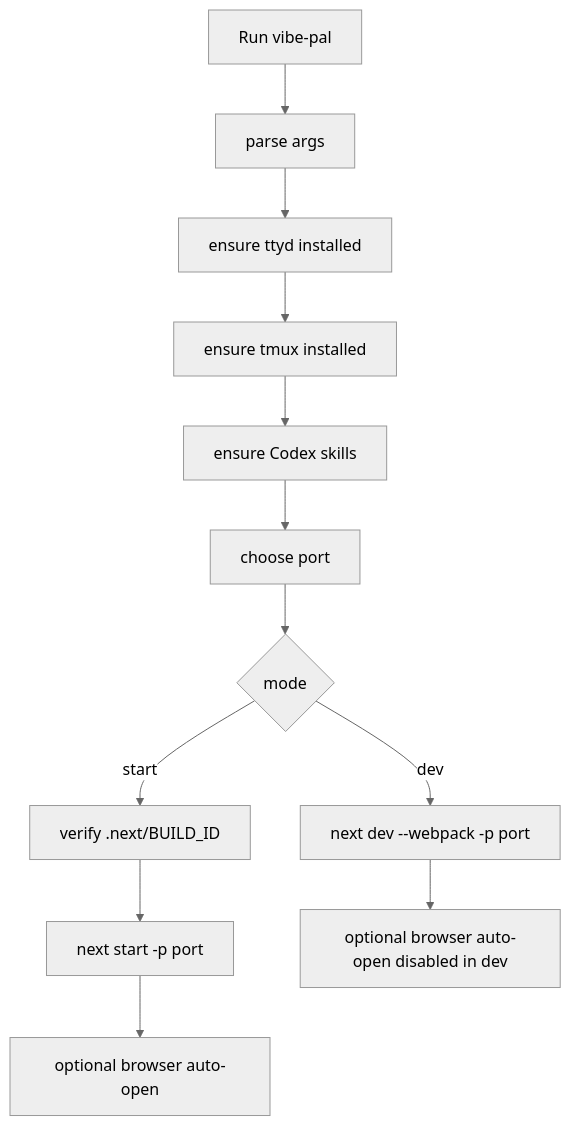
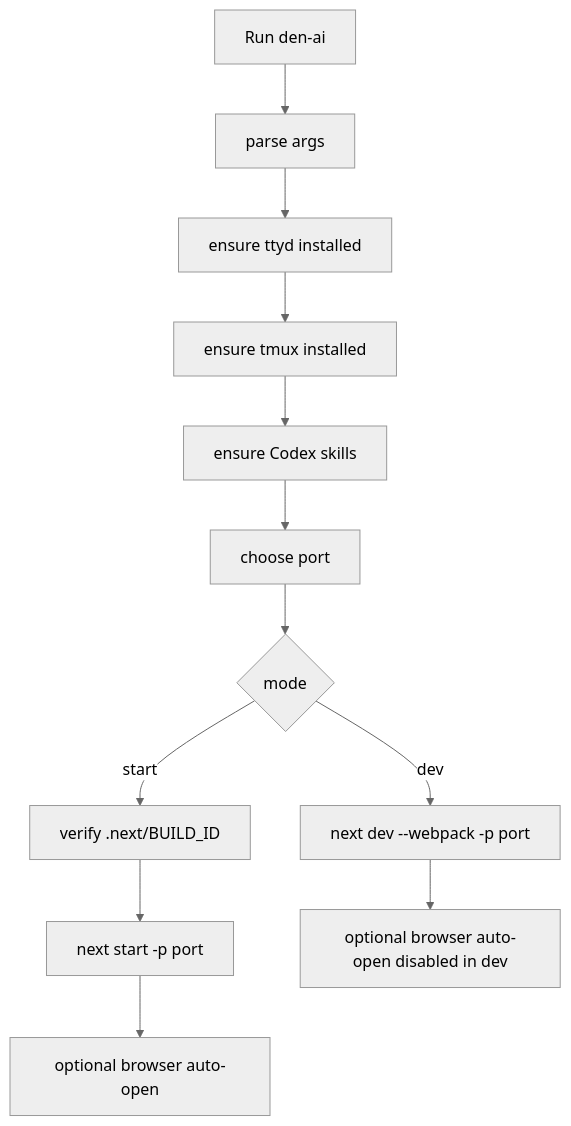
The diagram in docs/wiki/Features/CLI-Launch-and-Packaging.md (oscarqht/den), drawn with Mermaid (neutral theme) before and after one commit. The commit also changed other lines of this file and 9 other files, not shown here.

````diff
--- a/docs/wiki/Features/CLI-Launch-and-Packaging.md
+++ b/docs/wiki/Features/CLI-Launch-and-Packaging.md
@@ -47,14 +47,14 @@
 ```mermaid
 flowchart TD
-  A[Run vibe-pal] --> B[parse args]
+  A[Run den-ai] --> B[parse args]
   B --> C[ensure ttyd installed]
   C --> E[ensure tmux installed]
   E --> G[ensure Codex skills]
   G --> H[choose port]
   H --> I{mode}
   I -->|dev| J[next dev --webpack -p port]
   I -->|start| K[verify .next/BUILD_ID]
   K --> L[next start -p port]
   J --> M[optional browser auto-open disabled in dev]
   L --> N[optional browser auto-open]
 ```
````
